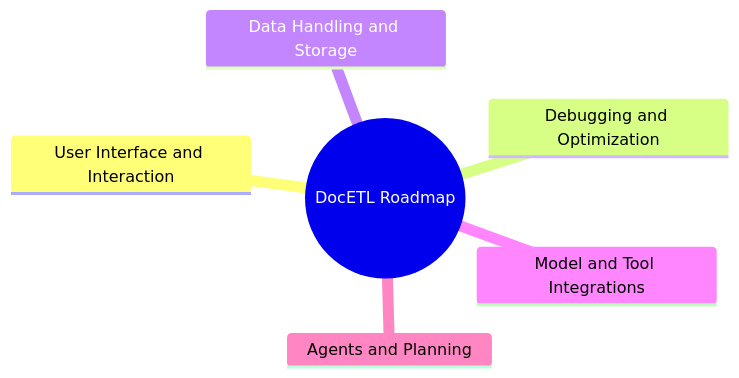
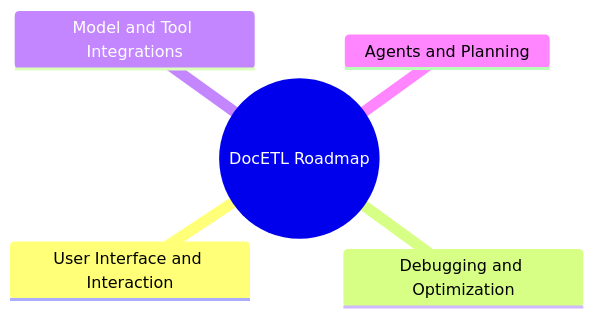
The diagram in docs/community/roadmap.md (ucbepic/docetl), drawn with Mermaid before and after one commit. The commit also changed other lines of this file and 11 other files, not shown here.

````diff
--- a/docs/community/roadmap.md
+++ b/docs/community/roadmap.md
@@ -9,9 +9,8 @@
 ```mermaid
 mindmap
   root((DocETL Roadmap))
     User Interface and Interaction
     Debugging and Optimization
-    Data Handling and Storage
     Model and Tool Integrations
     Agents and Planning
 ```
````
